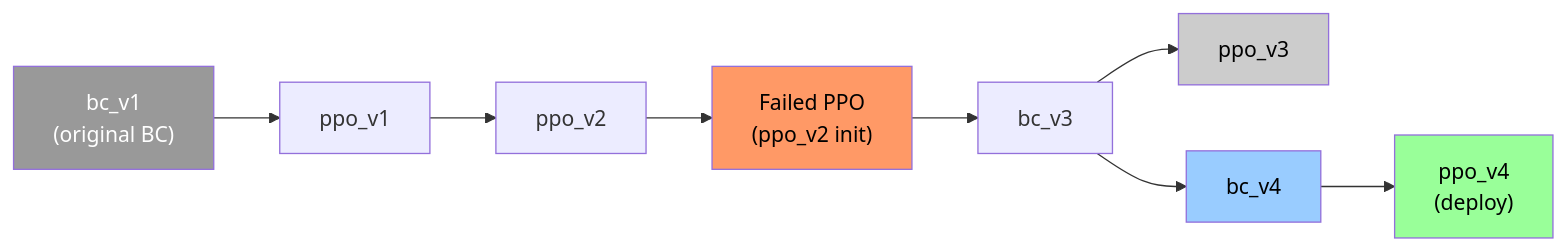
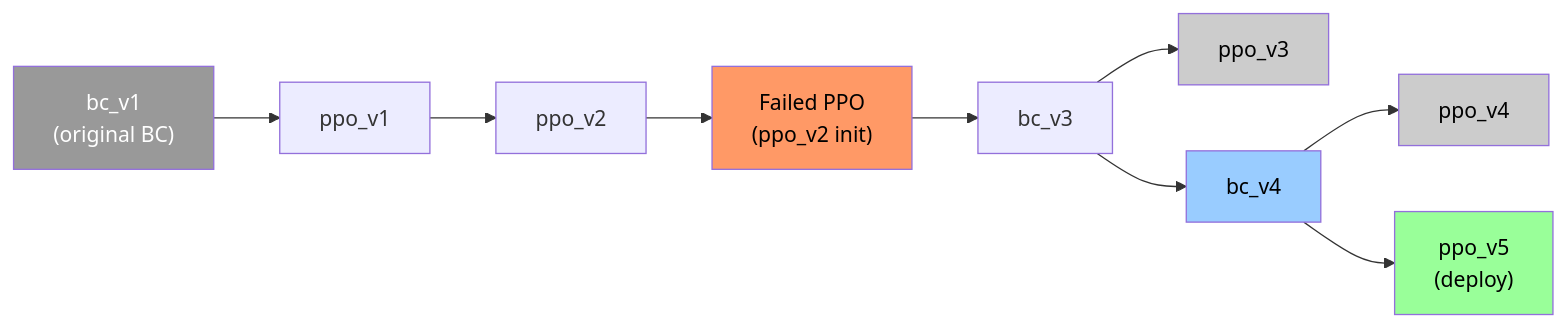
One commit to MiguelPecegueiro/STS2ProblemSolver changed the diagram in docs/MODEL_LINEAGE.md. Above: the diagram before and after it, drawn with Mermaid. The commit also changed other lines of this file and 17 other files, not shown here.

````diff
--- a/docs/MODEL_LINEAGE.md
+++ b/docs/MODEL_LINEAGE.md
@@ -15,16 +15,18 @@
 ```mermaid
 flowchart LR
   bc_v1["bc_v1<br/>(original BC)"] --> ppo_v1
   ppo_v1 --> ppo_v2
   ppo_v2 --> fail["Failed PPO<br/>(ppo_v2 init)"]
   fail --> bc_v3
   bc_v3 --> ppo_v3["ppo_v3"]
   bc_v3 --> bc_v4["bc_v4"]
-  bc_v4 --> ppo_v4["ppo_v4<br/>(deploy)"]
+  bc_v4 --> ppo_v4["ppo_v4"]
+  bc_v4 --> ppo_v5["ppo_v5<br/>(deploy)"]
 
   style bc_v1 fill:#999,color:#fff
   style fail fill:#f96,color:#000
   style ppo_v3 fill:#ccc,color:#000
+  style ppo_v4 fill:#ccc,color:#000
   style bc_v4 fill:#9cf,color:#000
-  style ppo_v4 fill:#9f9,color:#000
+  style ppo_v5 fill:#9f9,color:#000
 ```
````
